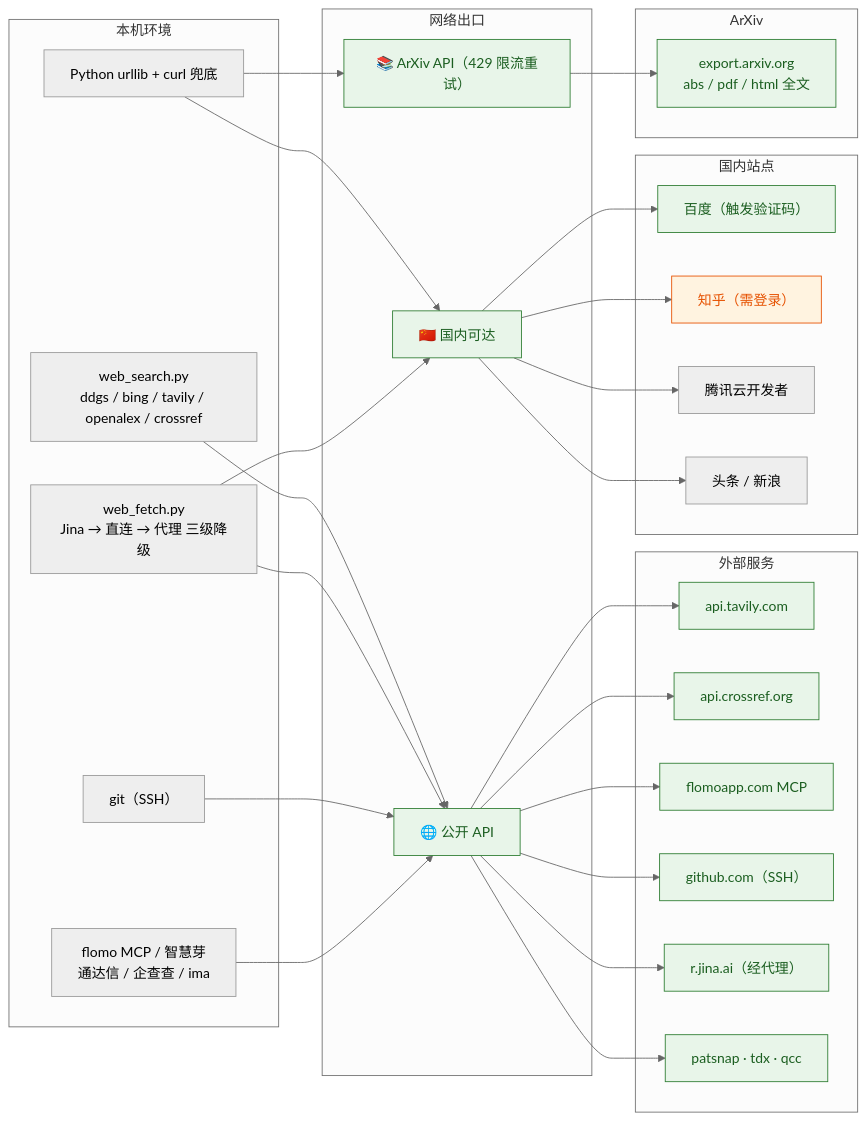
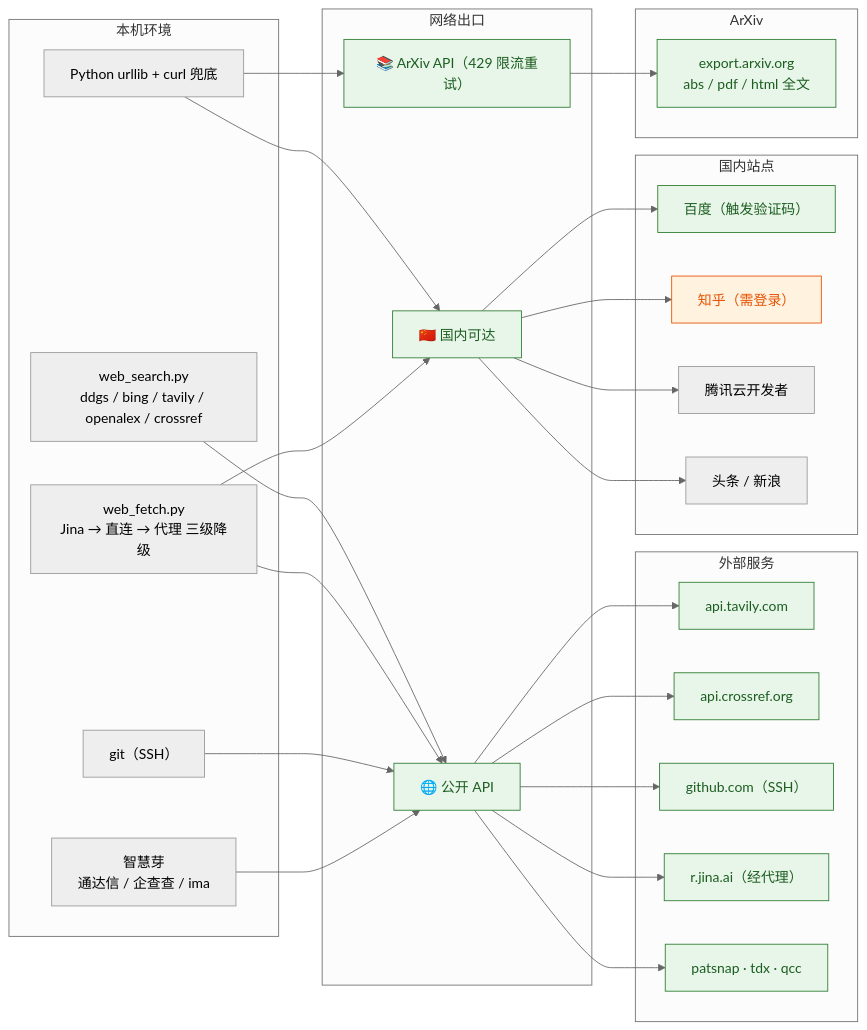
One commit to shushuzn/zhihu-ask changed the second of 2 diagrams in docs/architecture.md. Above: the diagram before and after it, drawn with Mermaid. The commit also changed other lines of this file and 38 other files, not shown here.

````diff
--- a/docs/architecture.md
+++ b/docs/architecture.md
@@ -150,58 +146,57 @@
 ```mermaid
 %%{init: {'theme': 'neutral', 'themeVariables': {'fontFamily': 'Microsoft YaHei, sans-serif'}}}%%
 flowchart LR
     subgraph machine["本机环境"]
         PY["Python urllib + curl 兜底"]
         WS["web_search.py<br/>ddgs / bing / tavily / openalex / crossref"]
         WF["web_fetch.py<br/>Jina → 直连 → 代理 三级降级"]
         GIT["git（SSH）"]
-        MCP["flomo MCP / 智慧芽<br/>通达信 / 企查查 / ima"]
+        MCP["智慧芽<br/>通达信 / 企查查 / ima"]
     end
 
     subgraph net["网络出口"]
         CN["🇨🇳 国内可达"]
         ARX["📚 ArXiv API（429 限流重试）"]
         API["🌐 公开 API"]
     end
 
     subgraph cn_sites["国内站点"]
         BD["百度（触发验证码）"]
         ZH["知乎（需登录）"]
         TX["腾讯云开发者"]
         TTO["头条 / 新浪"]
     end
 
     subgraph arxiv["ArXiv"]
         AX["export.arxiv.org<br/>abs / pdf / html 全文"]
     end
 
     subgraph apis["外部服务"]
         TV["api.tavily.com"]
         CR["api.crossref.org"]
-        FL["flomoapp.com MCP"]
         GH["github.com（SSH）"]
         JI["r.jina.ai（经代理）"]
         PX["patsnap · tdx · qcc"]
     end
 
     PY --> CN
     PY --> ARX
     WS --> API
     WF --> CN
     WF --> API
     GIT --> API
     MCP --> API
 
     CN --> BD & ZH & TX & TTO
     ARX --> AX
-    API --> TV & CR & FL & GH & JI & PX
+    API --> TV & CR & GH & JI & PX
 
     classDef ok fill:#e8f5e9,stroke:#2e7d32,color:#1b5e20
     classDef warn fill:#fff3e0,stroke:#e65100,color:#e65100
     classDef fail fill:#ffebee,stroke:#c62828,color:#b71c1c
 
     class CN,ARX,API ok
     class BD ok
     class ZH warn
-    class AX,TV,CR,FL,GH,JI,PX ok
+    class AX,TV,CR,GH,JI,PX ok
 ```
````
